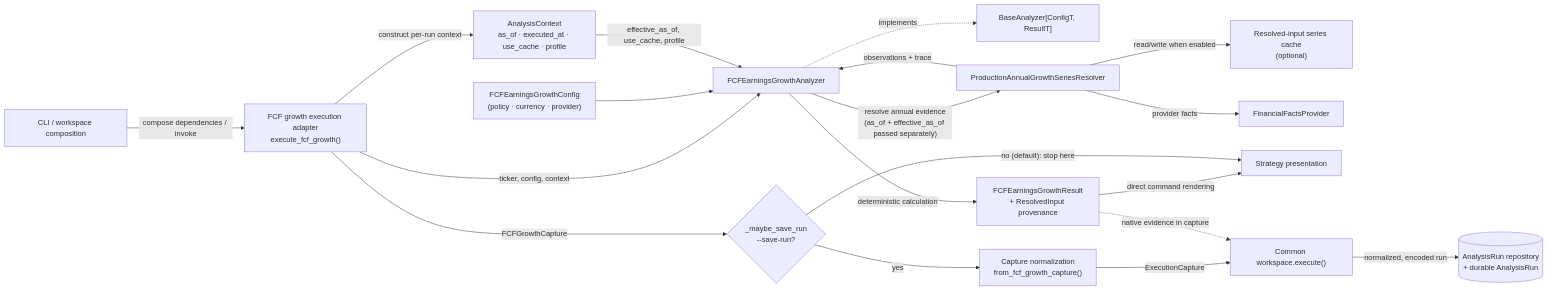
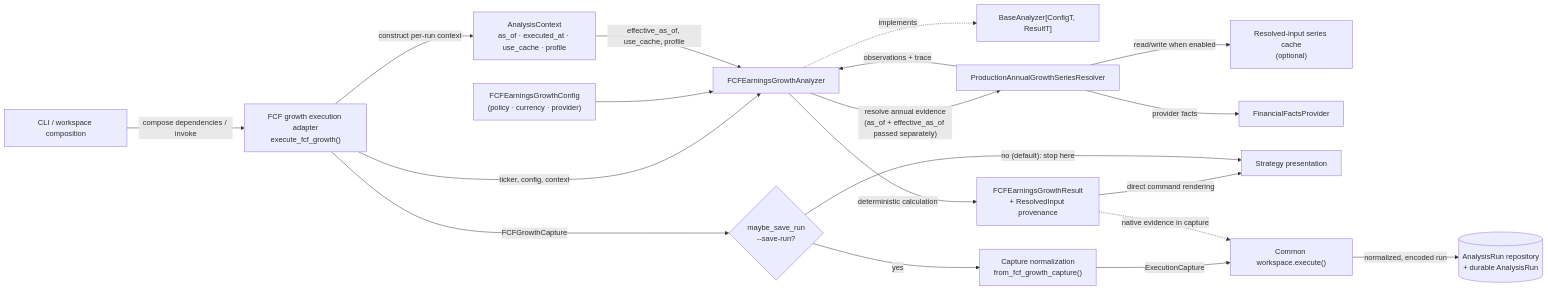
The first of 2 diagrams in docs/project/ANALYSIS_STRATEGY_CONTRIBUTOR_GUIDE.md (PeterPontbriand/investment-analysis-engine), drawn with Mermaid before and after one commit. The commit also changed other lines of this file and 43 other files, not shown here.

````diff
--- a/docs/project/ANALYSIS_STRATEGY_CONTRIBUTOR_GUIDE.md
+++ b/docs/project/ANALYSIS_STRATEGY_CONTRIBUTOR_GUIDE.md
@@ -39,21 +39,21 @@
 ```mermaid
 flowchart LR
     CLI["CLI / workspace composition"] -->|"compose dependencies / invoke"| Adapter["FCF growth execution adapter<br/>execute_fcf_growth()"]
     Adapter -->|"construct per-run context"| Context["AnalysisContext<br/>as_of · executed_at · use_cache · profile"]
     Adapter -->|"ticker, config, context"| Analyzer["FCFEarningsGrowthAnalyzer"]
     Analyzer -.->|implements| Contract["BaseAnalyzer[ConfigT, ResultT]"]
     Config["FCFEarningsGrowthConfig<br/>(policy · currency · provider)"] --> Analyzer
     Context -->|"effective_as_of, use_cache, profile"| Analyzer
     Analyzer -->|"resolve annual evidence<br/>(as_of + effective_as_of passed separately)"| Resolver["ProductionAnnualGrowthSeriesResolver"]
     Resolver -->|"read/write when enabled"| Cache["Resolved-input series cache<br/>(optional)"]
     Resolver -->|"provider facts"| Provider["FinancialFactsProvider"]
     Resolver -->|"observations + trace"| Analyzer
     Analyzer -->|"deterministic calculation"| Result["FCFEarningsGrowthResult<br/>+ ResolvedInput provenance"]
     Result -->|"direct command rendering"| Presentation["Strategy presentation"]
-    Adapter -->|"FCFGrowthCapture"| SaveDecision{"_maybe_save_run<br/>--save-run?"}
+    Adapter -->|"FCFGrowthCapture"| SaveDecision{"maybe_save_run<br/>--save-run?"}
     SaveDecision -->|"no (default): stop here"| Presentation
     SaveDecision -->|"yes"| Normalize["Capture normalization<br/>from_fcf_growth_capture()"]
     Normalize -->|"ExecutionCapture"| Workspace["Common workspace.execute()"]
     Workspace -->|"normalized, encoded run"| Persistence[("AnalysisRun repository<br/>+ durable AnalysisRun")]
     Result -.->|"native evidence in capture"| Workspace
 ```
````
